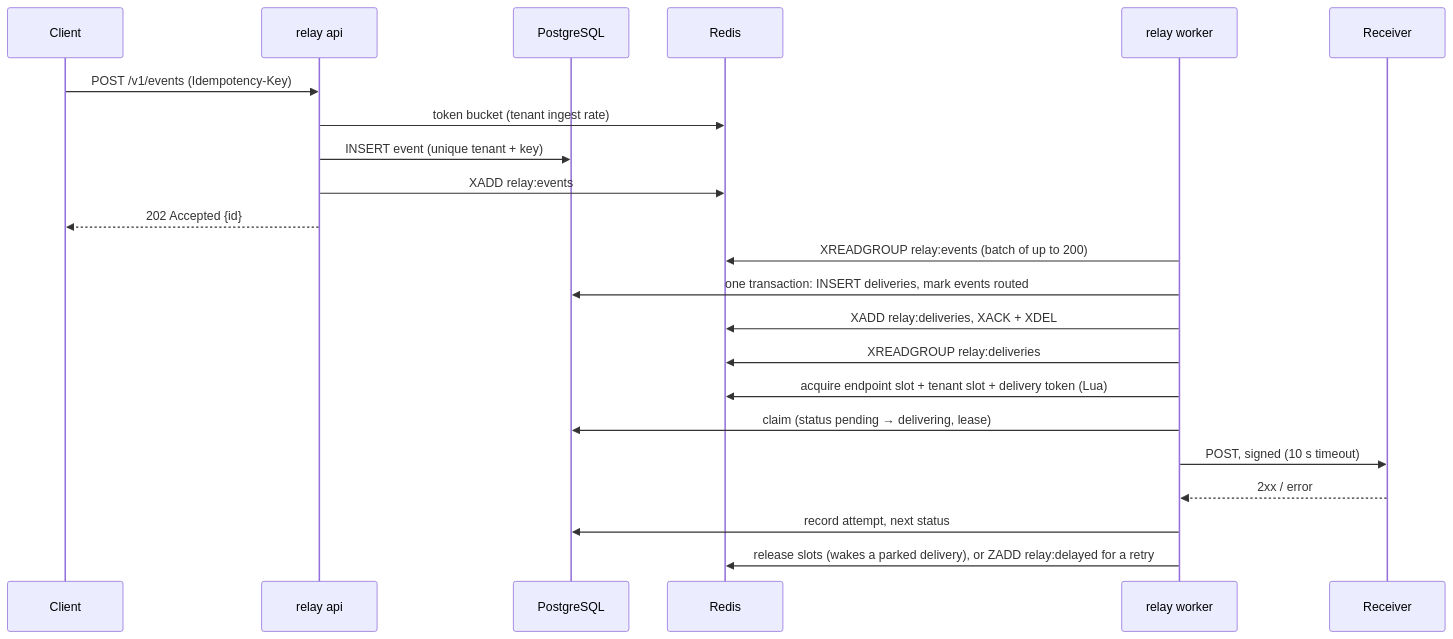
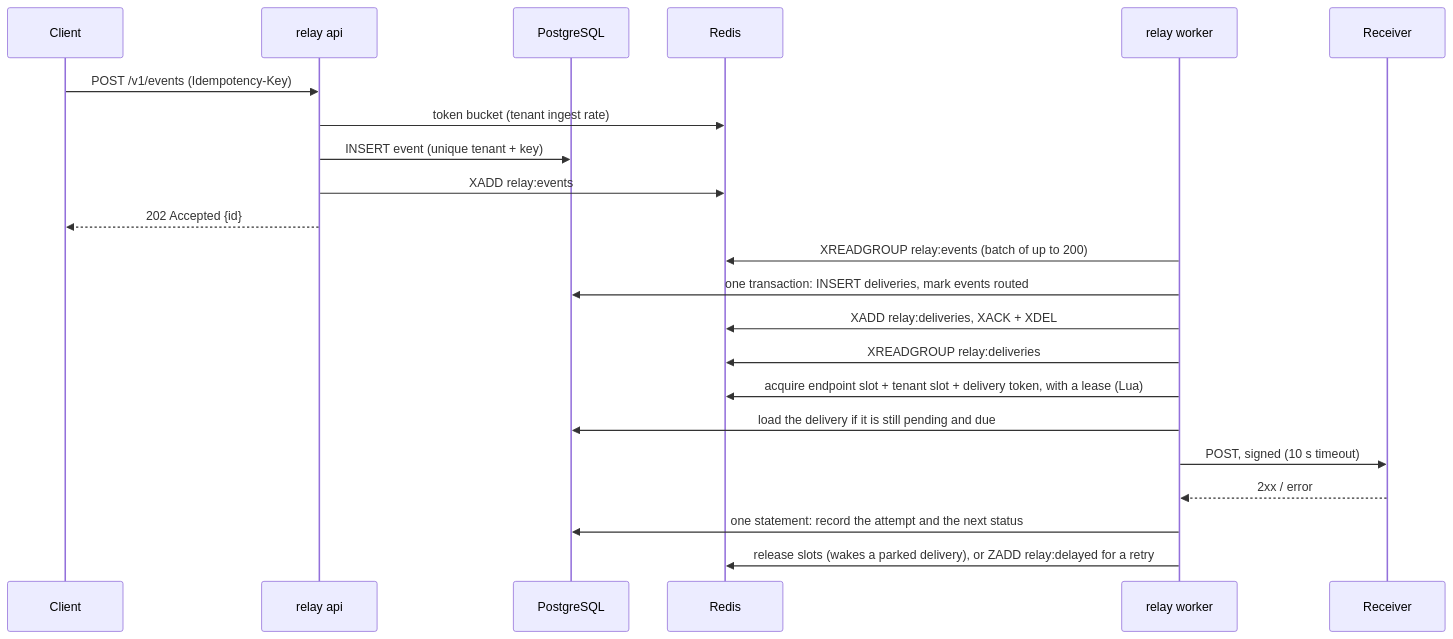
The second of 3 diagrams in docs/ARCHITECTURE.md (guzmanloeracode/relay), drawn with Mermaid before and after one commit. The commit also changed other lines of this file and 21 other files, not shown here.

Commit message:
perf: one write per attempt (the attempt is held in Redis), fewer indexes, lazy idempotency expiry

````diff
--- a/docs/ARCHITECTURE.md
+++ b/docs/ARCHITECTURE.md
@@ -26,24 +26,24 @@
 ```mermaid
 sequenceDiagram
     participant App as Client
     participant API as relay api
     participant PG as PostgreSQL
     participant R as Redis
     participant W as relay worker
     participant X as Receiver
     App->>API: POST /v1/events (Idempotency-Key)
     API->>R: token bucket (tenant ingest rate)
     API->>PG: INSERT event (unique tenant + key)
     API->>R: XADD relay:events
     API-->>App: 202 Accepted {id}
     W->>R: XREADGROUP relay:events (batch of up to 200)
     W->>PG: one transaction: INSERT deliveries, mark events routed
     W->>R: XADD relay:deliveries, XACK + XDEL
     W->>R: XREADGROUP relay:deliveries
-    W->>R: acquire endpoint slot + tenant slot + delivery token (Lua)
-    W->>PG: claim (status pending → delivering, lease)
+    W->>R: acquire endpoint slot + tenant slot + delivery token, with a lease (Lua)
+    W->>PG: load the delivery if it is still pending and due
     W->>X: POST, signed (10 s timeout)
     X-->>W: 2xx / error
-    W->>PG: record attempt, next status
+    W->>PG: one statement: record the attempt and the next status
     W->>R: release slots (wakes a parked delivery), or ZADD relay:delayed for a retry
 ```
````
